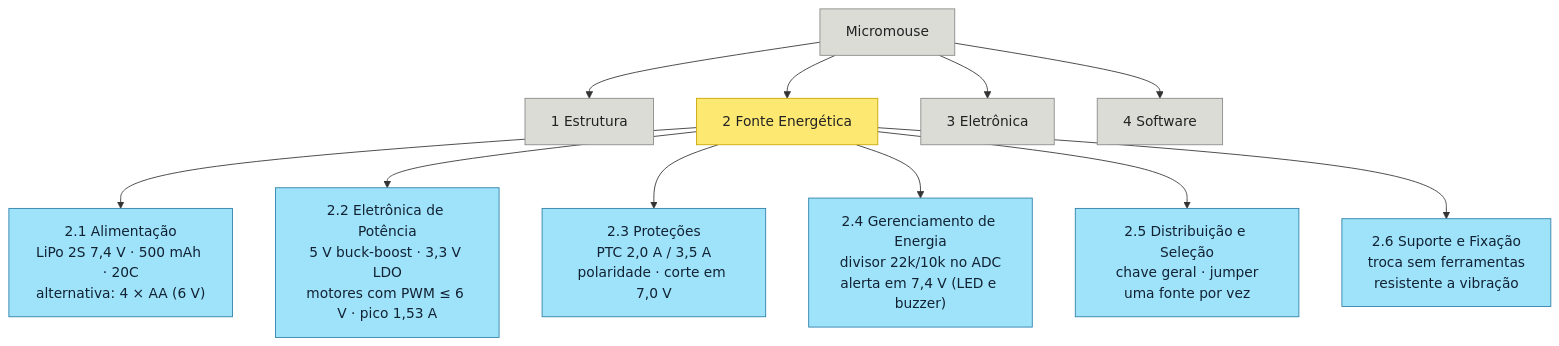
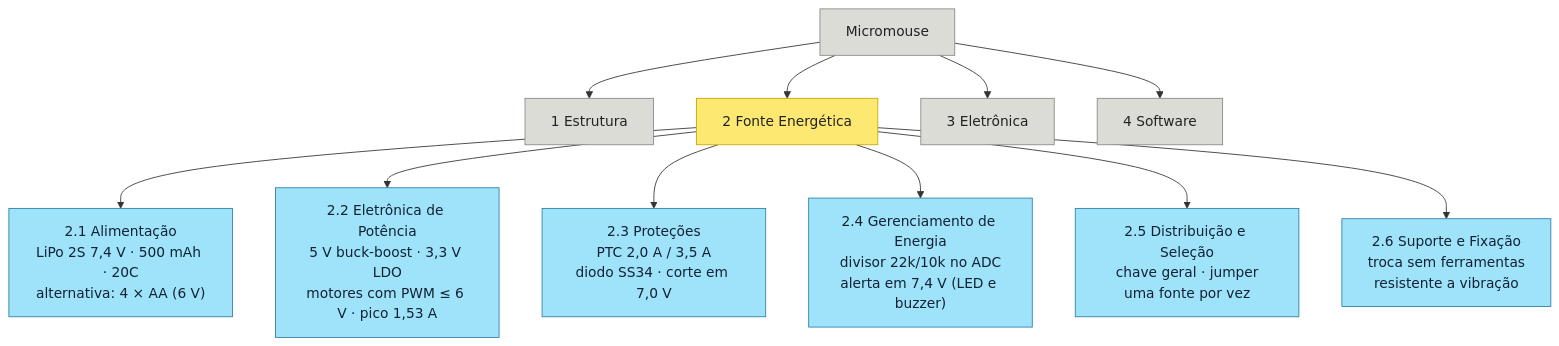
The diagram in docs/3 - EAP.md (fcte-pi1/2026_2_PI1_Grupo01_Juliana), drawn with Mermaid before and after one commit. The commit also changed other lines of this file and 1 other file, not shown here.

Commit message:
docs: adotar o diodo SS34 da Eletrônica na proteção de polaridade
O 4.2 propunha MOSFET de canal P, o 4.3 usa SS34 e o orçamento trazia
1N5822. Fica o SS34, que já está no esquemático e no orçamento da
Eletrônica.

````diff
--- a/docs/3 - EAP.md
+++ b/docs/3 - EAP.md
@@ -38,19 +38,19 @@
 ```mermaid
 flowchart TD
     M["Micromouse"] --> E1["1 Estrutura"]
     M --> E2["2 Fonte Energética"]
     M --> E3["3 Eletrônica"]
     M --> E4["4 Software"]
     E2 --> A["2.1 Alimentação<br/>LiPo 2S 7,4 V · 500 mAh · 20C<br/>alternativa: 4 × AA (6 V)"]
     E2 --> B["2.2 Eletrônica de Potência<br/>5 V buck-boost · 3,3 V LDO<br/>motores com PWM ≤ 6 V · pico 1,53 A"]
-    E2 --> C["2.3 Proteções<br/>PTC 2,0 A / 3,5 A<br/>polaridade · corte em 7,0 V"]
+    E2 --> C["2.3 Proteções<br/>PTC 2,0 A / 3,5 A<br/>diodo SS34 · corte em 7,0 V"]
     E2 --> D["2.4 Gerenciamento de Energia<br/>divisor 22k/10k no ADC<br/>alerta em 7,4 V (LED e buzzer)"]
     E2 --> F["2.5 Distribuição e Seleção<br/>chave geral · jumper<br/>uma fonte por vez"]
     E2 --> G["2.6 Suporte e Fixação<br/>troca sem ferramentas<br/>resistente a vibração"]
     classDef pai fill:#dcdcd7,stroke:#888,color:#222
     classDef foco fill:#fde972,stroke:#c9a400,color:#222
     classDef item fill:#9fe3fb,stroke:#2b7fa8,color:#123
     class M,E1,E3,E4 pai
     class E2 foco
     class A,B,C,D,F,G item
 ```
````
